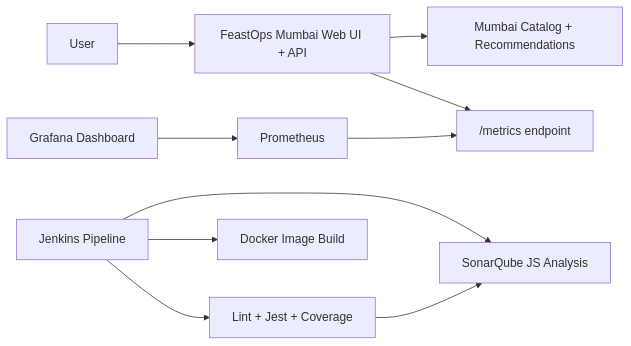
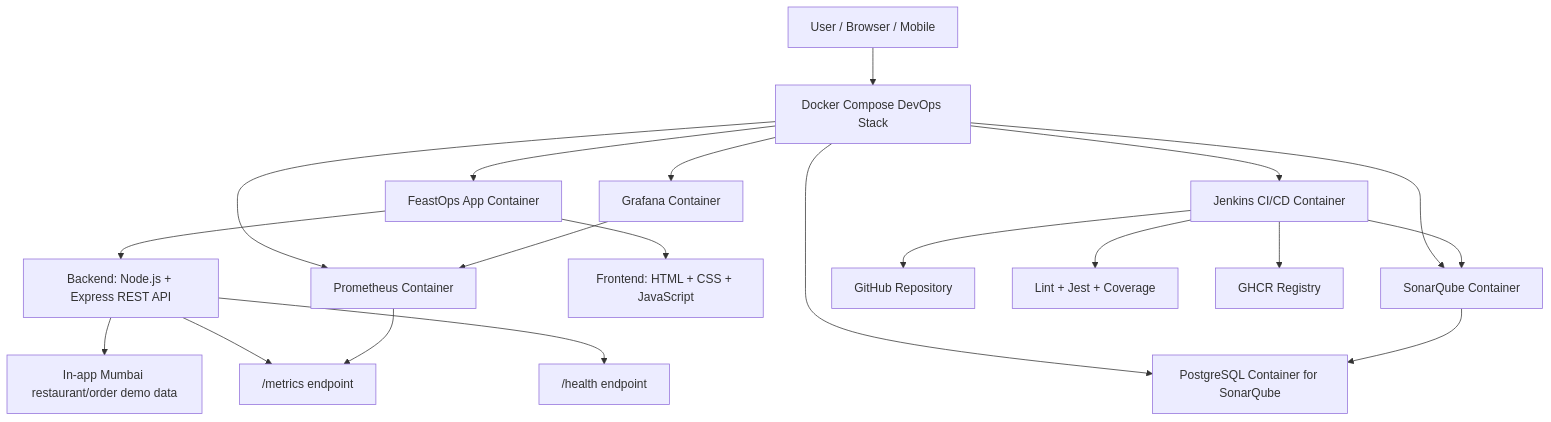
The diagram in README.md (aniruddhiyer43782/feastops-devops-observability), drawn with Mermaid before and after one commit. The commit also changed other lines of this file and 5 other files, not shown here.

Commit message:
Add pullable full DevOps stack

````diff
--- a/README.md
+++ b/README.md
@@ -32,12 +32,25 @@
 ```mermaid
-flowchart LR
-    User["User"] --> App["FeastOps Mumbai Web UI + API"]
-    App --> Catalog["Mumbai Catalog + Recommendations"]
-    App --> Metrics["/metrics endpoint"]
-    Prometheus["Prometheus"] --> Metrics
-    Grafana["Grafana Dashboard"] --> Prometheus
-    Jenkins["Jenkins Pipeline"] --> Tests["Lint + Jest + Coverage"]
-    Jenkins --> Sonar["SonarQube JS Analysis"]
-    Jenkins --> Image["Docker Image Build"]
-    Tests --> Sonar
+flowchart TD
+    User["User / Browser / Mobile"] --> Compose["Docker Compose DevOps Stack"]
+
+    Compose --> App["FeastOps App Container"]
+    Compose --> Jenkins["Jenkins CI/CD Container"]
+    Compose --> Sonar["SonarQube Container"]
+    Compose --> SonarDB["PostgreSQL Container for SonarQube"]
+    Compose --> Prometheus["Prometheus Container"]
+    Compose --> Grafana["Grafana Container"]
+
+    App --> Frontend["Frontend: HTML + CSS + JavaScript"]
+    App --> Backend["Backend: Node.js + Express REST API"]
+    Backend --> Catalog["In-app Mumbai restaurant/order demo data"]
+    Backend --> Metrics["/metrics endpoint"]
+    Backend --> Health["/health endpoint"]
+
+    Jenkins --> GitHub["GitHub Repository"]
+    Jenkins --> Tests["Lint + Jest + Coverage"]
+    Jenkins --> Sonar
+    Jenkins --> GHCR["GHCR Registry"]
+    Prometheus --> Metrics
+    Grafana --> Prometheus
+    Sonar --> SonarDB
 ```
````
